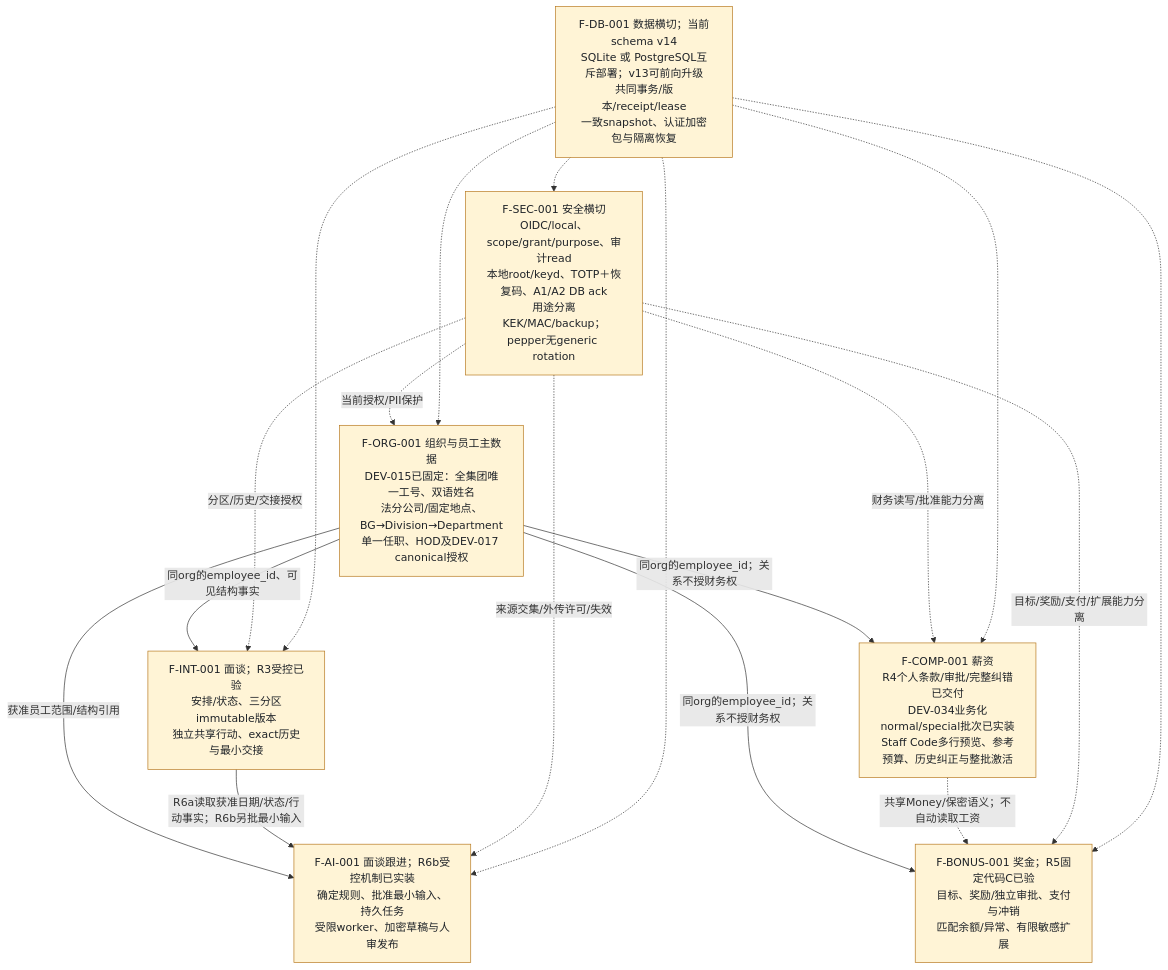
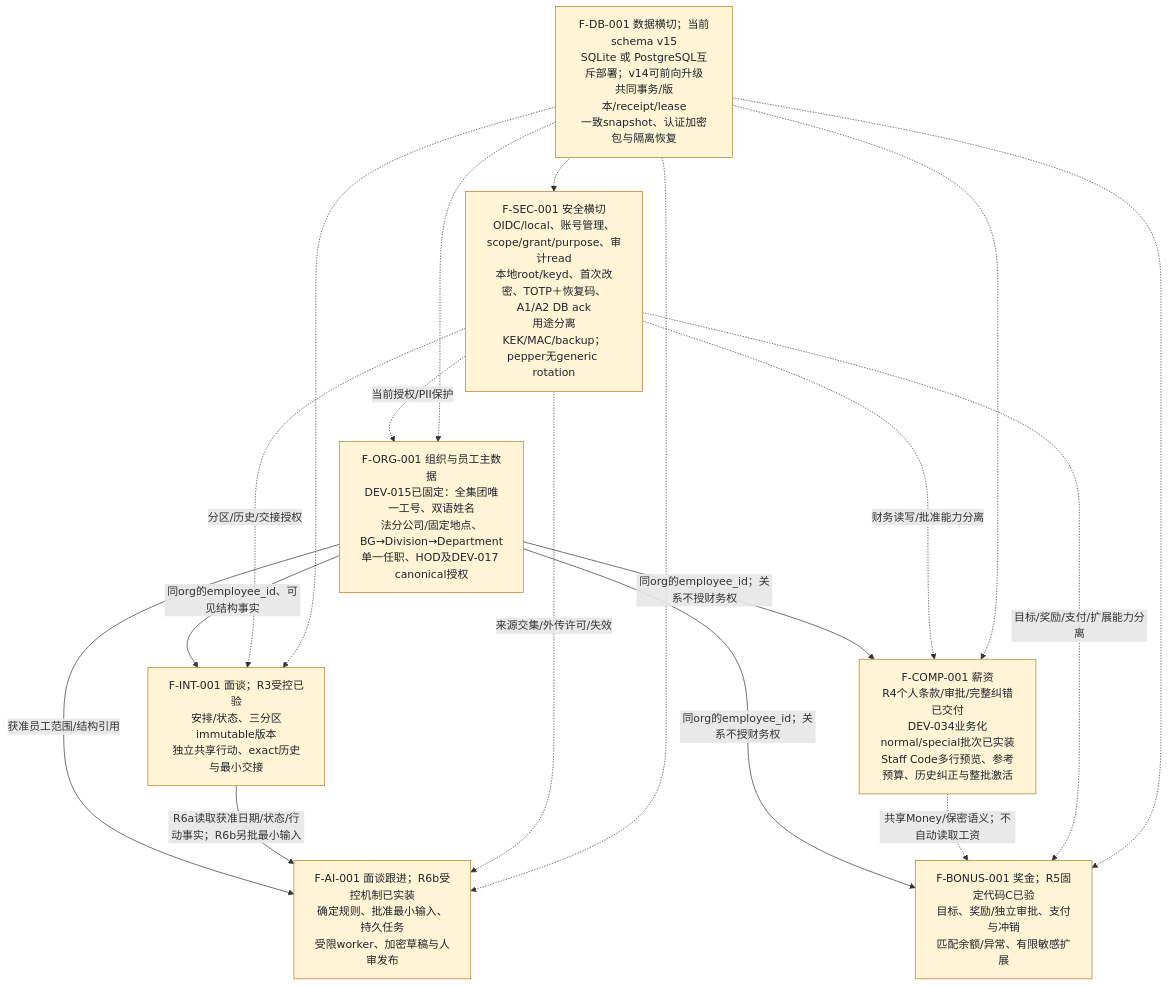
Before and after one commit to r404r/team-ledger-pub: the first of 13 diagrams in docs/FUNCTIONAL_SPEC.md, drawn with Mermaid. The commit also changed other lines of this file and 16 other files, not shown here.

````diff
--- a/docs/FUNCTIONAL_SPEC.md
+++ b/docs/FUNCTIONAL_SPEC.md
@@ -16,30 +16,30 @@
 ```mermaid
 flowchart TB
     org["F-ORG-001 组织与员工主数据<br/>DEV-015已固定：全集团唯一工号、双语姓名<br/>法分公司/固定地点、BG→Division→Department<br/>单一任职、HOD及DEV-017 canonical授权"]
     interview["F-INT-001 面谈；R3受控已验<br/>安排/状态、三分区immutable版本<br/>独立共享行动、exact历史与最小交接"]
     comp["F-COMP-001 薪资<br/>R4个人条款/审批/完整纠错已交付<br/>DEV-034业务化normal/special批次已实装<br/>Staff Code多行预览、参考预算、历史纠正与整批激活"]
     bonus["F-BONUS-001 奖金；R5固定代码C已验<br/>目标、奖励/独立审批、支付与冲销<br/>匹配余额/异常、有限敏感扩展"]
     ai["F-AI-001 面谈跟进；R6b受控机制已实装<br/>确定规则、批准最小输入、持久任务<br/>受限worker、加密草稿与人审发布"]
-    sec["F-SEC-001 安全横切<br/>OIDC/local、scope/grant/purpose、审计read<br/>本地root/keyd、TOTP＋恢复码、A1/A2 DB ack<br/>用途分离KEK/MAC/backup；pepper无generic rotation"]
-    db["F-DB-001 数据横切；当前schema v14<br/>SQLite 或 PostgreSQL互斥部署；v13可前向升级<br/>共同事务/版本/receipt/lease<br/>一致snapshot、认证加密包与隔离恢复"]
+    sec["F-SEC-001 安全横切<br/>OIDC/local、账号管理、scope/grant/purpose、审计read<br/>本地root/keyd、首次改密、TOTP＋恢复码、A1/A2 DB ack<br/>用途分离KEK/MAC/backup；pepper无generic rotation"]
+    db["F-DB-001 数据横切；当前schema v15<br/>SQLite 或 PostgreSQL互斥部署；v14可前向升级<br/>共同事务/版本/receipt/lease<br/>一致snapshot、认证加密包与隔离恢复"]
     org -->|"同org的employee_id、可见结构事实"| interview
     org -->|"同org的employee_id；关系不授财务权"| comp
     org -->|"同org的employee_id；关系不授财务权"| bonus
     org -->|"获准员工范围/结构引用"| ai
     interview -->|"R6a读取获准日期/状态/行动事实；R6b另批最小输入"| ai
     comp -.->|"共享Money/保密语义；不自动读取工资"| bonus
     sec -.->|"当前授权/PII保护"| org
     sec -.->|"分区/历史/交接授权"| interview
     sec -.->|"财务读写/批准能力分离"| comp
     sec -.->|"目标/奖励/支付/扩展能力分离"| bonus
     sec -.->|"来源交集/外传许可/失效"| ai
     db -.-> org
     db -.-> interview
     db -.-> comp
     db -.-> bonus
     db -.-> ai
     db -.-> sec
     classDef partial fill:#fff4d6,stroke:#b7791f,color:#1f2328;
     classDef planned fill:#eef2ff,stroke:#64748b,color:#1f2328;
     class org,interview,comp,bonus,ai,sec,db partial;
 ```
````
